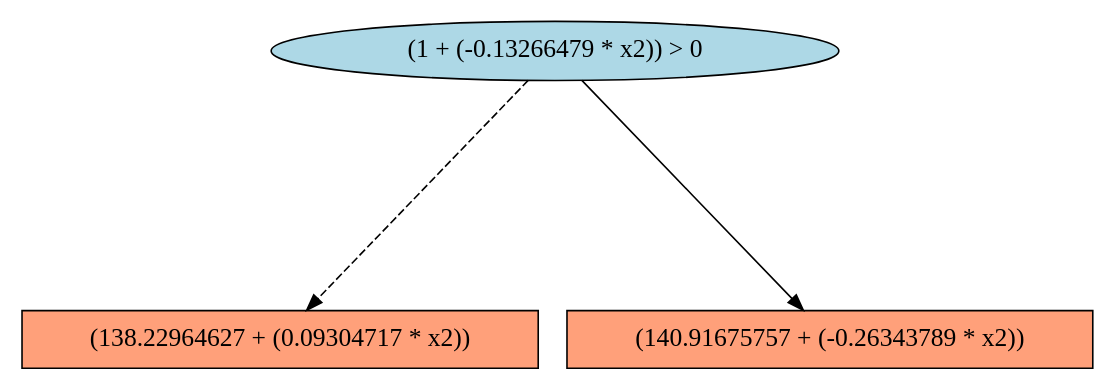
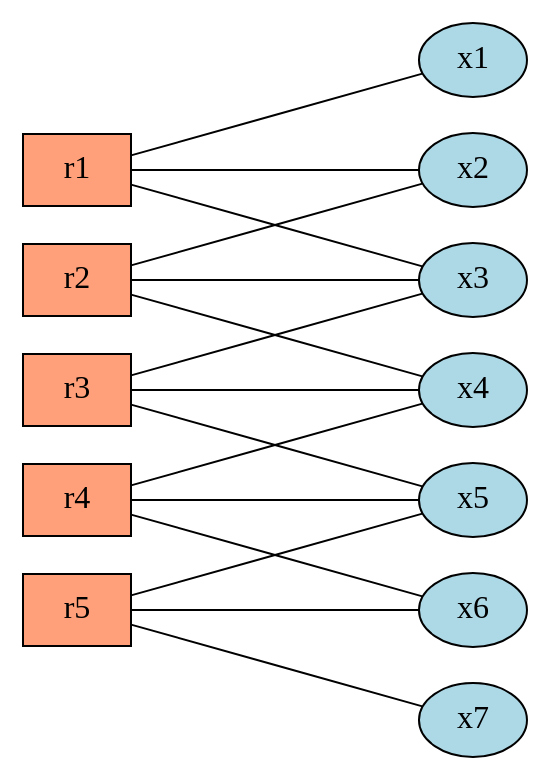
The diagram in tmp_viewer_file.dot (tonyyezj/xadd-inference), drawn with Graphviz before and after one commit. The commit also changed 503 other files, not shown here.

```diff
--- a/tmp_viewer_file.dot
+++ b/tmp_viewer_file.dot
@@ -1,10 +1,33 @@
-digraph G {
-	graph [fontname=Helvetica, fontsize=16, ratio=auto, size="7.5,10", ranksep="2.00"];
+graph G {
+	graph [overlap=false, fontname=Helvetica, fontsize=16, ratio=auto, size="7.5,10", rankdir=LR, ranksep="2.00"];
 	node [label="\N", fontsize=16];
-	graph [bb="0,0,537,218"];
-	611 [label="(1 + (-0.13266479 * x2)) > 0", fillcolor=lightblue, color=black, shape=ellipse, style=filled, pos="267,199", width="3.9462", height="0.51069"];
-	457 [label="(138.22964627 + (0.09304717 * x2))", fillcolor=lightsalmon, color=black, shape=box, style=filled, pos="128,18", width="3.5625", height="0.5"];
-	557 [label="(140.91675757 + (-0.26343789 * x2))", fillcolor=lightsalmon, color=black, shape=box, style=filled, pos="406,18", width="3.6458", height="0.5"];
-	611 -> 457 [color=black, style=dashed, pos="e,141.23,36.035 253.42,180.51 228.69,148.67 176.24,81.121 147.62,44.271"];
-	611 -> 557 [color=black, style=solid, pos="e,392.77,36.035 280.58,180.51 305.31,148.67 357.76,81.121 386.38,44.271"];
+	edge [fontsize=16];
+	graph [bb="0,0,177.19,514.17"];
+	67 [label=r4, fillcolor=lightsalmon, color=black, shape=box, style=filled, pos="143.42,179.36", width="0.75", height="0.5"];
+	25 [label=r1, fillcolor=lightsalmon, color=black, shape=box, style=filled, pos="106.09,426.21", width="0.75", height="0.5"];
+	39 [label=r2, fillcolor=lightsalmon, color=black, shape=box, style=filled, pos="47.136,330.99", width="0.75", height="0.5"];
+	x1 [fillcolor=lightblue, color=black, shape=ellipse, style=filled, pos="144.68,495.78", width="0.75", height="0.51069"];
+	81 [label=r5, fillcolor=lightsalmon, color=black, shape=box, style=filled, pos="67.101,87.327", width="0.75", height="0.5"];
+	x2 [fillcolor=lightblue, color=black, shape=ellipse, style=filled, pos="28.165,413.9", width="0.75", height="0.51069"];
+	x3 [fillcolor=lightblue, color=black, shape=ellipse, style=filled, pos="109.14,341.45", width="0.75", height="0.51069"];
+	x4 [fillcolor=lightblue, color=black, shape=ellipse, style=filled, pos="123.33,261.49", width="0.75", height="0.51069"];
+	x5 [fillcolor=lightblue, color=black, shape=ellipse, style=filled, pos="59.809,170.25", width="0.75", height="0.51069"];
+	53 [label=r3, fillcolor=lightsalmon, color=black, shape=box, style=filled, pos="58.056,255.02", width="0.75", height="0.5"];
+	x6 [fillcolor=lightblue, color=black, shape=ellipse, style=filled, pos="150.19,96.641", width="0.75", height="0.51069"];
+	x7 [fillcolor=lightblue, color=black, shape=ellipse, style=filled, pos="27,18.385", width="0.75", height="0.51069"];
+	67 -- x4 [pos="138.96,197.59 135.63,211.2 131.1,229.71 127.78,243.31"];
+	67 -- x5 [pos="116.04,176.38 106.61,175.35 96.065,174.2 86.677,173.18"];
+	67 -- x6 [pos="144.92,161 146.03,147.39 147.55,128.9 148.67,115.23"];
+	25 -- x1 [pos="116.23,444.49 122.04,454.95 129.28,468.02 135.01,478.34"];
+	25 -- x2 [pos="78.836,421.9 70.936,420.66 62.328,419.3 54.486,418.06"];
+	25 -- x3 [pos="106.75,407.82 107.26,393.7 107.96,374.28 108.47,360.1"];
+	39 -- x2 [pos="42.926,349.39 39.782,363.13 35.505,381.82 32.364,395.55"];
+	39 -- x3 [pos="74.15,335.55 77.022,336.03 79.94,336.52 82.803,337.01"];
+	39 -- x4 [pos="67.156,312.73 79.502,301.47 95.145,287.2 106.79,276.58"];
+	81 -- x5 [pos="65.483,105.73 64.283,119.38 62.653,137.91 61.448,151.61"];
+	81 -- x6 [pos="94.307,90.377 103.68,91.427 114.16,92.602 123.49,93.648"];
+	81 -- x7 [pos="56.565,69.214 50.532,58.841 43.002,45.895 37.051,35.665"];
+	53 -- x3 [pos="68.889,273.35 77.792,288.41 90.311,309.6 99.014,324.32"];
+	53 -- x4 [pos="85.361,257.73 88.994,258.09 92.718,258.45 96.346,258.81"];
+	53 -- x5 [pos="58.436,236.63 58.729,222.51 59.13,203.09 59.424,188.9"];
 }
```
